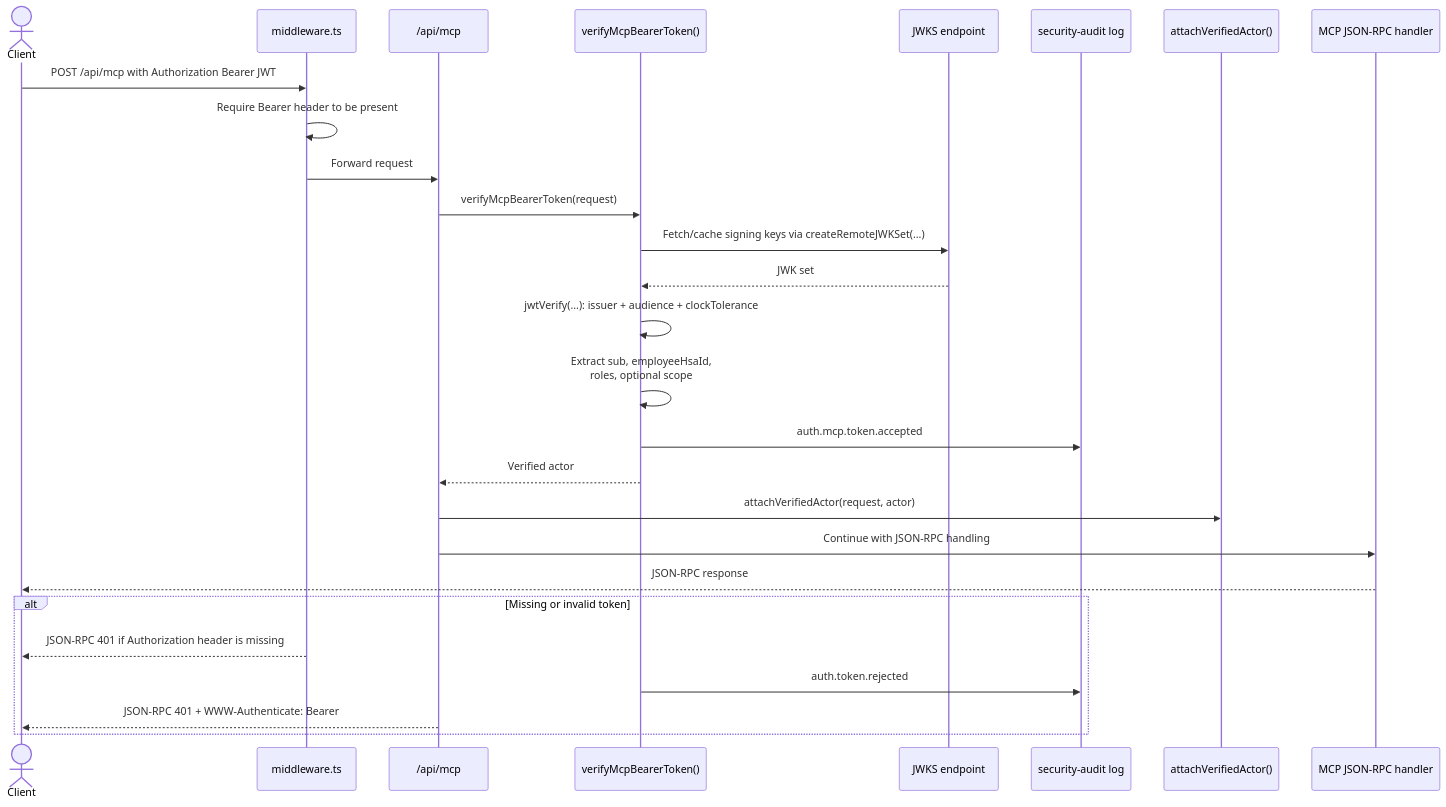
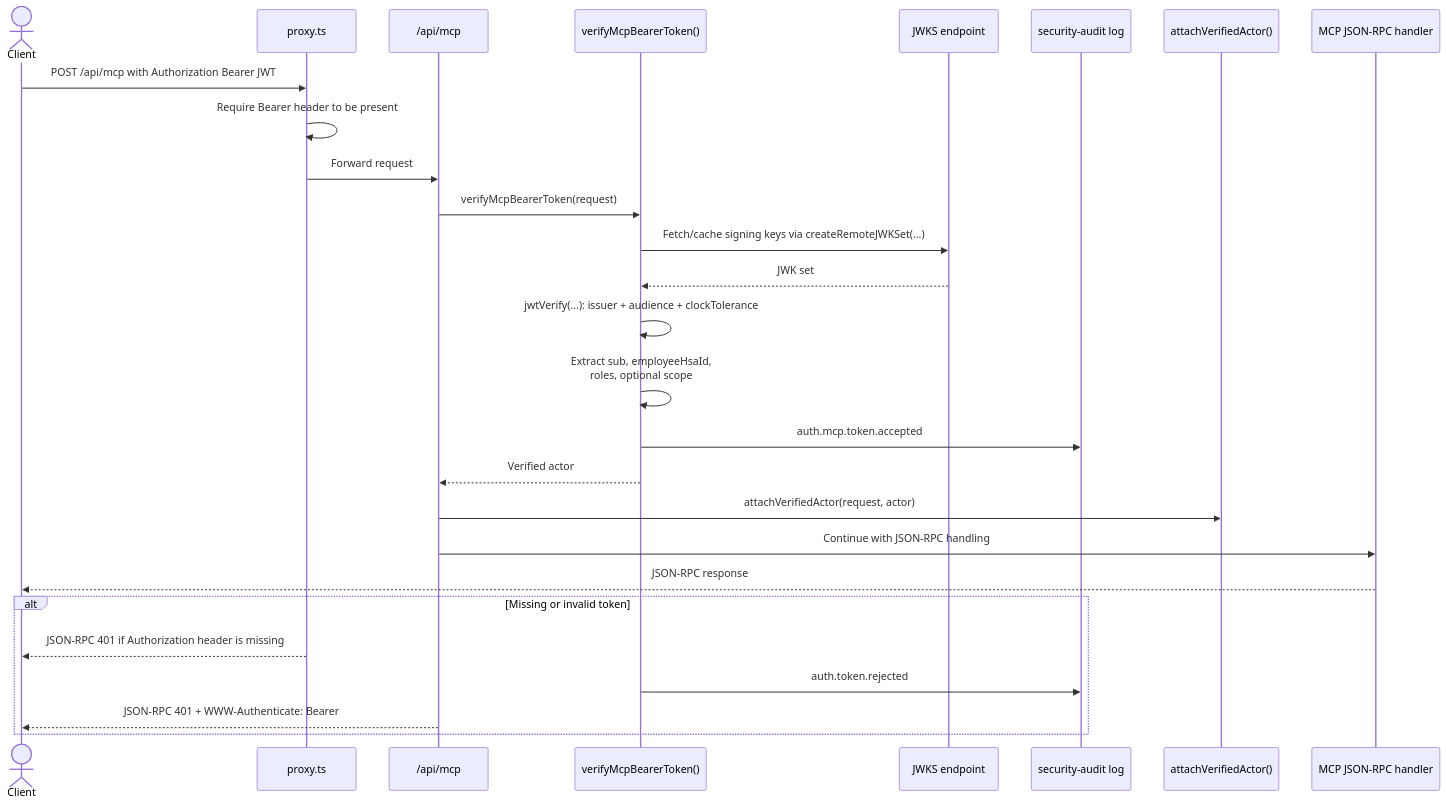
The second of 3 diagrams in docs/auth-how-it-works.md (viscalyx/Kravhantering), drawn with Mermaid before and after one commit. The commit also changed other lines of this file and 85 other files, not shown here.

````diff
--- a/docs/auth-how-it-works.md
+++ b/docs/auth-how-it-works.md
@@ -162,31 +162,31 @@
 ```mermaid
 sequenceDiagram
     actor Client
-    participant Middleware as middleware.ts
+    participant Proxy as proxy.ts
     participant Route as /api/mcp
     participant Verify as verifyMcpBearerToken()
     participant JWKS as JWKS endpoint
     participant Audit as security-audit log
     participant Attach as attachVerifiedActor()
     participant Handler as MCP JSON-RPC handler
 
-    Client->>Middleware: POST /api/mcp with Authorization Bearer JWT
-    Middleware->>Middleware: Require Bearer header to be present
-    Middleware->>Route: Forward request
+    Client->>Proxy: POST /api/mcp with Authorization Bearer JWT
+    Proxy->>Proxy: Require Bearer header to be present
+    Proxy->>Route: Forward request
     Route->>Verify: verifyMcpBearerToken(request)
     Verify->>JWKS: Fetch/cache signing keys via createRemoteJWKSet(...)
     JWKS-->>Verify: JWK set
     Verify->>Verify: jwtVerify(...): issuer + audience + clockTolerance
     Verify->>Verify: Extract sub, employeeHsaId,<br/>roles, optional scope
     Verify->>Audit: auth.mcp.token.accepted
     Verify-->>Route: Verified actor
     Route->>Attach: attachVerifiedActor(request, actor)
     Route->>Handler: Continue with JSON-RPC handling
     Handler-->>Client: JSON-RPC response
 
     alt Missing or invalid token
-        Middleware-->>Client: JSON-RPC 401 if Authorization header is missing
+        Proxy-->>Client: JSON-RPC 401 if Authorization header is missing
         Verify->>Audit: auth.token.rejected
         Route-->>Client: JSON-RPC 401 + WWW-Authenticate: Bearer
     end
 ```
````
